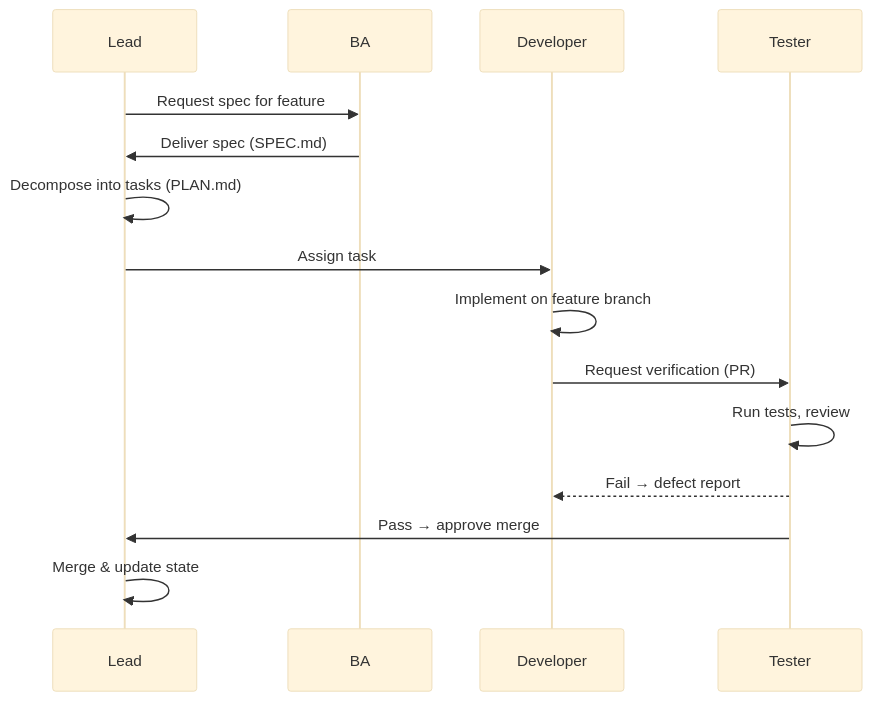
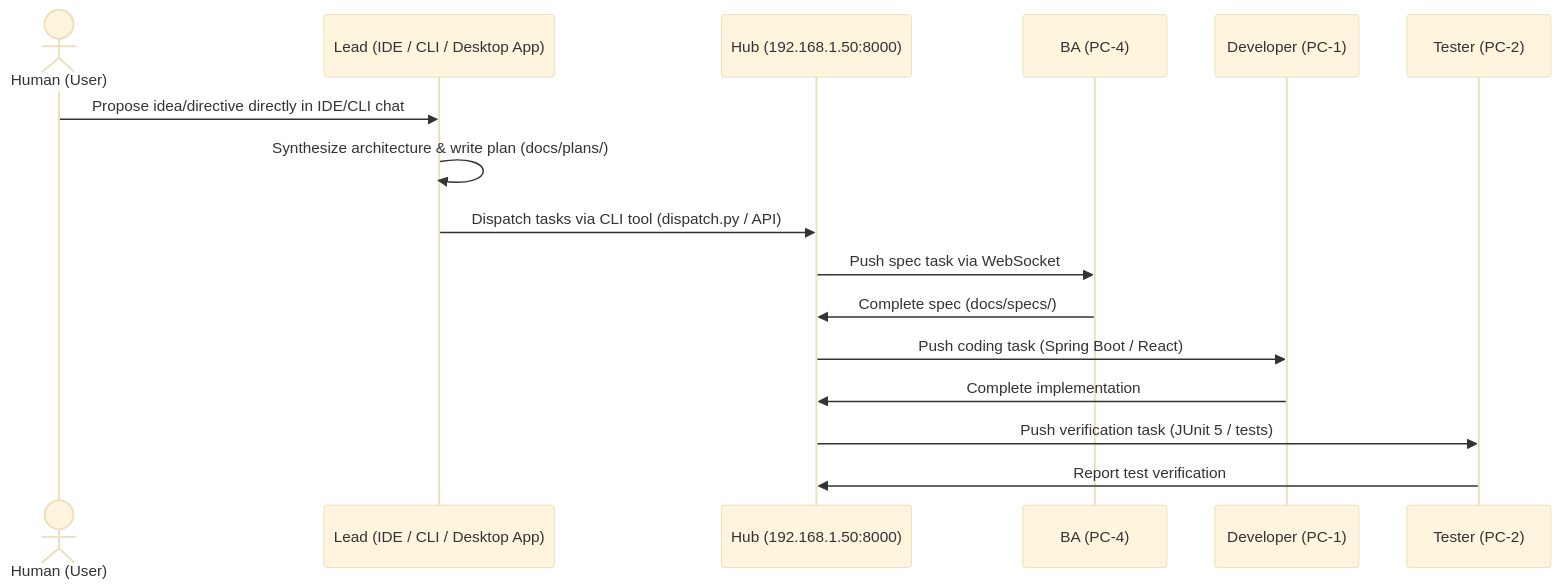
The second of 2 diagrams in MASTER.md (HanHuuTrung22130302/Agent-chat-team-4-local), drawn with Mermaid (base theme) before and after one commit. The commit also changed other lines of this file and 8 other files, not shown here.

Commit message:
feat(lead): enable direct IDE/CLI Lead workflows, add dispatch.py CLI, check_environment tool, and fix WinError 2 subprocess with shell=True on Windows

````diff
--- a/MASTER.md
+++ b/MASTER.md
@@ -28,18 +28,19 @@
 ```mermaid
 sequenceDiagram
-    participant L as Lead
-    participant B as BA
-    participant D as Developer
-    participant T as Tester
+    actor H as Human (User)
+    participant L as Lead (IDE / CLI / Desktop App)
+    participant Hub as Hub (192.168.1.50:8000)
+    participant B as BA (PC-4)
+    participant D as Developer (PC-1)
+    participant T as Tester (PC-2)
 
-    L->>B: Request spec for feature
-    B->>L: Deliver spec (SPEC.md)
-    L->>L: Decompose into tasks (PLAN.md)
-    L->>D: Assign task
-    D->>D: Implement on feature branch
-    D->>T: Request verification (PR)
-    T->>T: Run tests, review
-    T-->>D: Fail → defect report
-    T->>L: Pass → approve merge
-    L->>L: Merge & update state
+    H->>L: Propose idea/directive directly in IDE/CLI chat
+    L->>L: Synthesize architecture & write plan (docs/plans/)
+    L->>Hub: Dispatch tasks via CLI tool (dispatch.py / API)
+    Hub->>B: Push spec task via WebSocket
+    B->>Hub: Complete spec (docs/specs/)
+    Hub->>D: Push coding task (Spring Boot / React)
+    D->>Hub: Complete implementation
+    Hub->>T: Push verification task (JUnit 5 / tests)
+    T->>Hub: Report test verification
 ```
````
